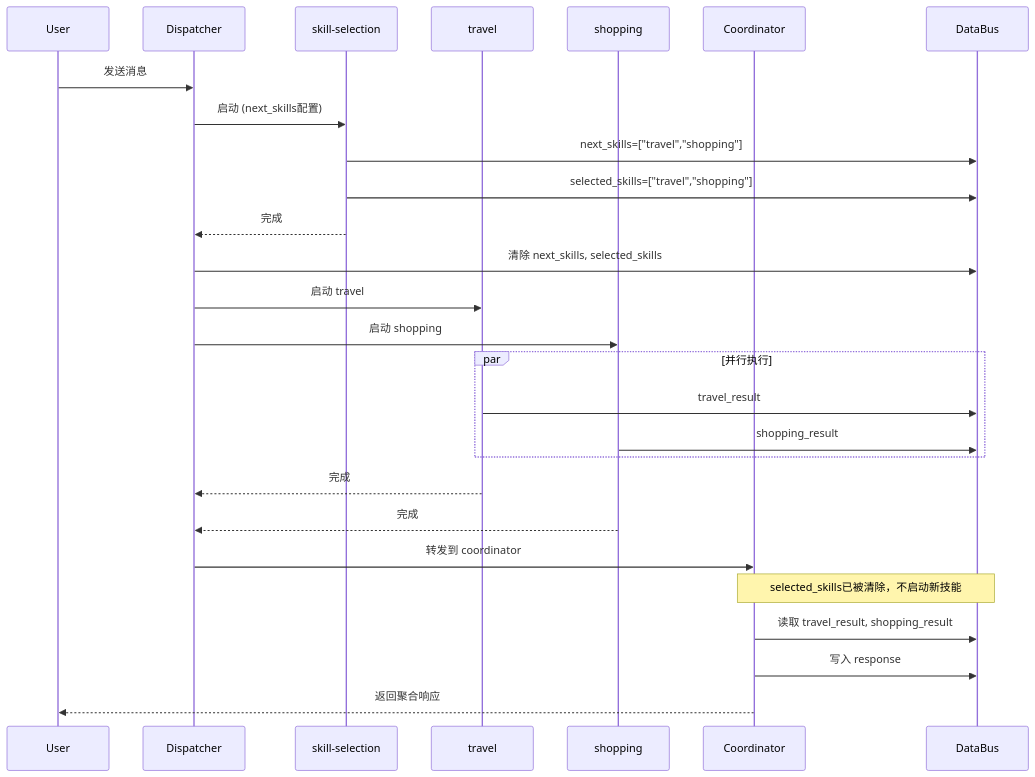
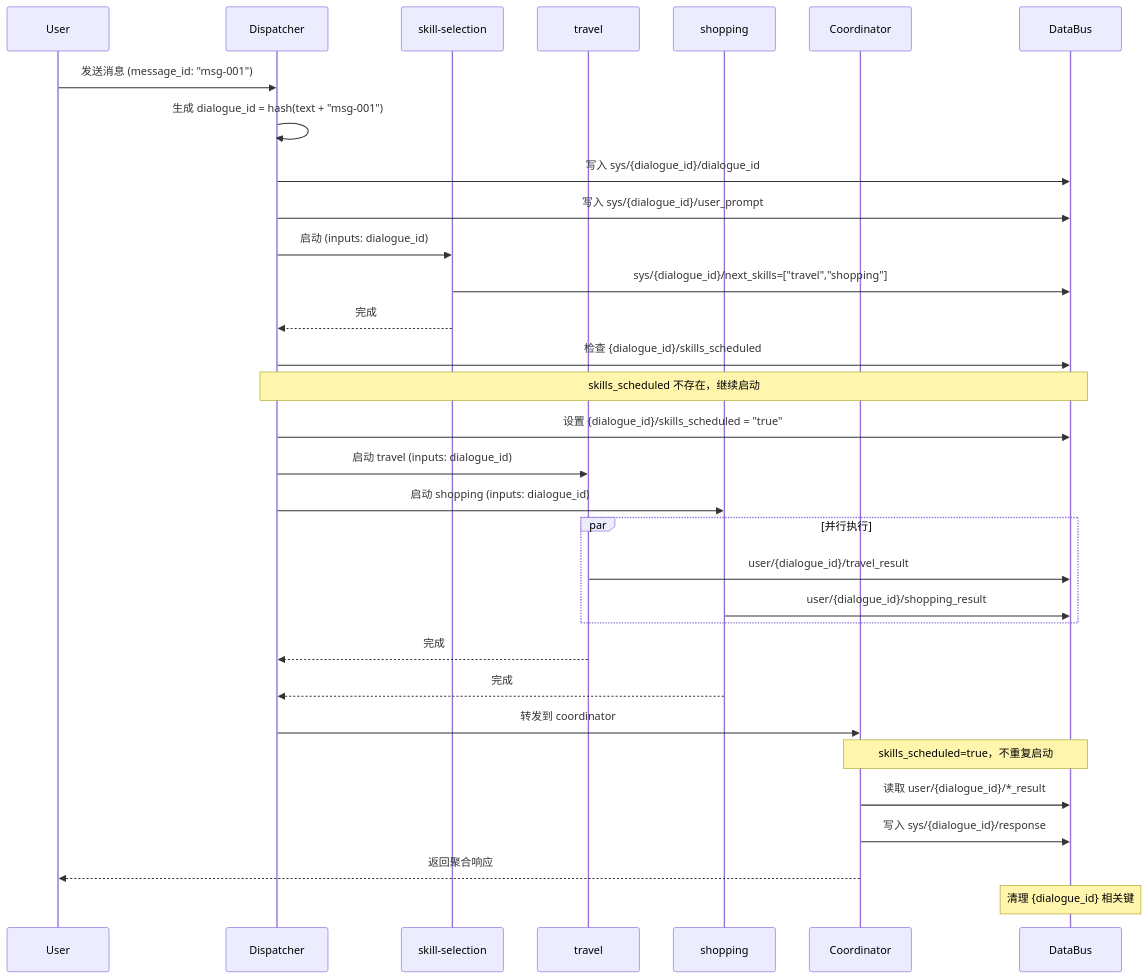
One commit to xyz11274/agentf changed the diagram in examples/agent/system_agent_mock/FLOW_ANALYSIS.md. Above: the diagram before and after it, drawn with Mermaid. The commit also changed other lines of this file and 15 other files, not shown here.

````diff
--- a/examples/agent/system_agent_mock/FLOW_ANALYSIS.md
+++ b/examples/agent/system_agent_mock/FLOW_ANALYSIS.md
@@ -159,36 +227,42 @@
 ```mermaid
 sequenceDiagram
     participant U as User
     participant D as Dispatcher
     participant SS as skill-selection
     participant T as travel
     participant S as shopping
     participant C as Coordinator
     participant DB as DataBus
 
-    U->>D: 发送消息
-    D->>SS: 启动 (next_skills配置)
+    U->>D: 发送消息 (message_id: "msg-001")
+    D->>D: 生成 dialogue_id = hash(text + "msg-001")
+    D->>DB: 写入 sys/{dialogue_id}/dialogue_id
+    D->>DB: 写入 sys/{dialogue_id}/user_prompt
+    D->>SS: 启动 (inputs: dialogue_id)
 
-    SS->>DB: next_skills=["travel","shopping"]
-    SS->>DB: selected_skills=["travel","shopping"]
+    SS->>DB: sys/{dialogue_id}/next_skills=["travel","shopping"]
     SS-->>D: 完成
 
-    D->>DB: 清除 next_skills, selected_skills
-    D->>T: 启动 travel
-    D->>S: 启动 shopping
+    D->>DB: 检查 {dialogue_id}/skills_scheduled
+    Note over D,DB: skills_scheduled 不存在，继续启动
+    D->>DB: 设置 {dialogue_id}/skills_scheduled = "true"
+    D->>T: 启动 travel (inputs: dialogue_id)
+    D->>S: 启动 shopping (inputs: dialogue_id)
 
     par 并行执行
-        T->>DB: travel_result
-        S->>DB: shopping_result
+        T->>DB: user/{dialogue_id}/travel_result
+        S->>DB: user/{dialogue_id}/shopping_result
     end
 
     T-->>D: 完成
     S-->>D: 完成
     D->>C: 转发到 coordinator
 
-    Note over C,DB: selected_skills已被清除，不启动新技能
+    Note over C,DB: skills_scheduled=true，不重复启动
 
-    C->>DB: 读取 travel_result, shopping_result
-    C->>DB: 写入 response
+    C->>DB: 读取 user/{dialogue_id}/*_result
+    C->>DB: 写入 sys/{dialogue_id}/response
     C-->>U: 返回聚合响应
+
+    Note over DB: 清理 {dialogue_id} 相关键
 ```
````
